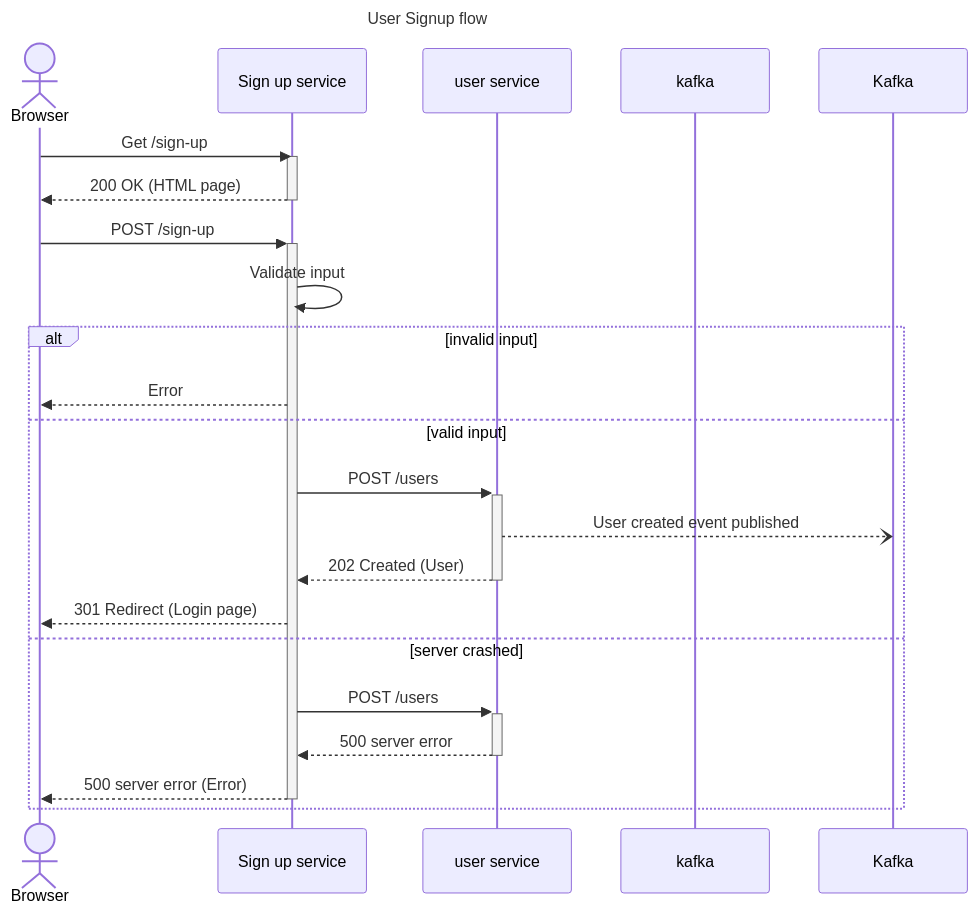
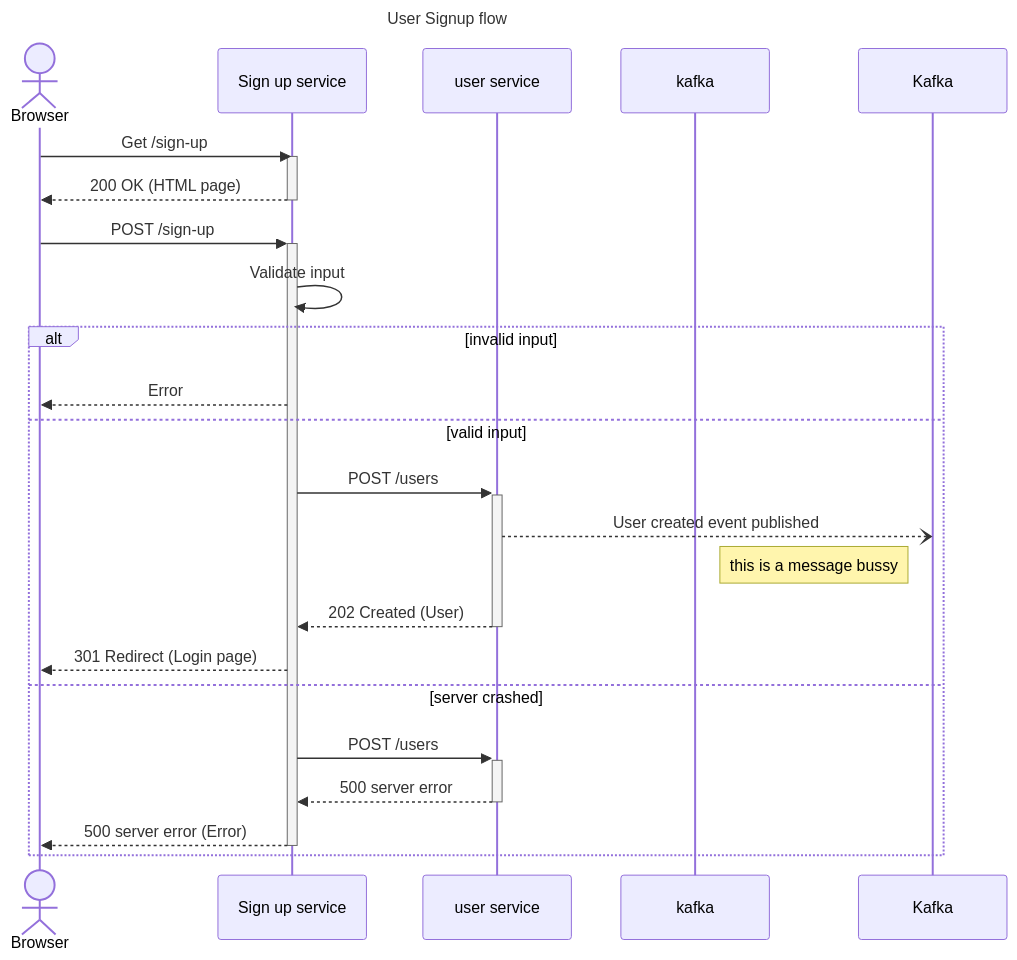
One commit to rianfowler/modern-diagramming-techniques-notes changed the diagram in sequence-diagrams.md. Above: the diagram before and after it, drawn with Mermaid.

````diff
--- a/sequence-diagrams.md
+++ b/sequence-diagrams.md
@@ -3,29 +3,30 @@
 ```mermaid
 sequenceDiagram
   title User Signup flow
   actor B as Browser
   participant SUS as Sign up service
   participant US as user service
   participant kafka
   
   B->>SUS: Get /sign-up
   activate SUS
   SUS-->>B: 200 OK (HTML page)
   deactivate SUS
   
   B->>+SUS: POST /sign-up
   SUS->>SUS: Validate input 
   
   alt invalid input 
     SUS-->>B: Error
   else valid input 
     SUS->>+US: POST /users
     US--)Kafka: User created event published 
+    Note left of Kafka: this is a message bussy 
     US-->>-SUS: 202 Created (User)
     SUS-->>B: 301 Redirect (Login page)
   else server crashed 
       SUS->>+US: POST /users
       US-->>-SUS: 500 server error 
       SUS-->>-B: 500 server error (Error)
   end
 ```
````
